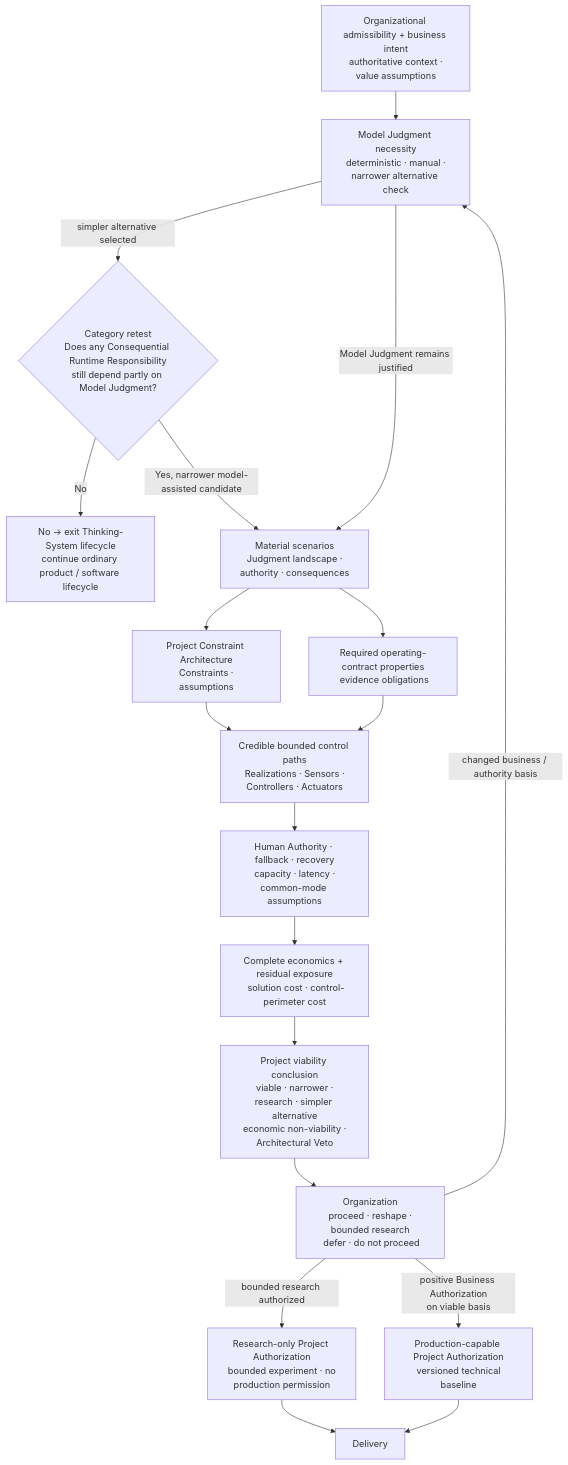
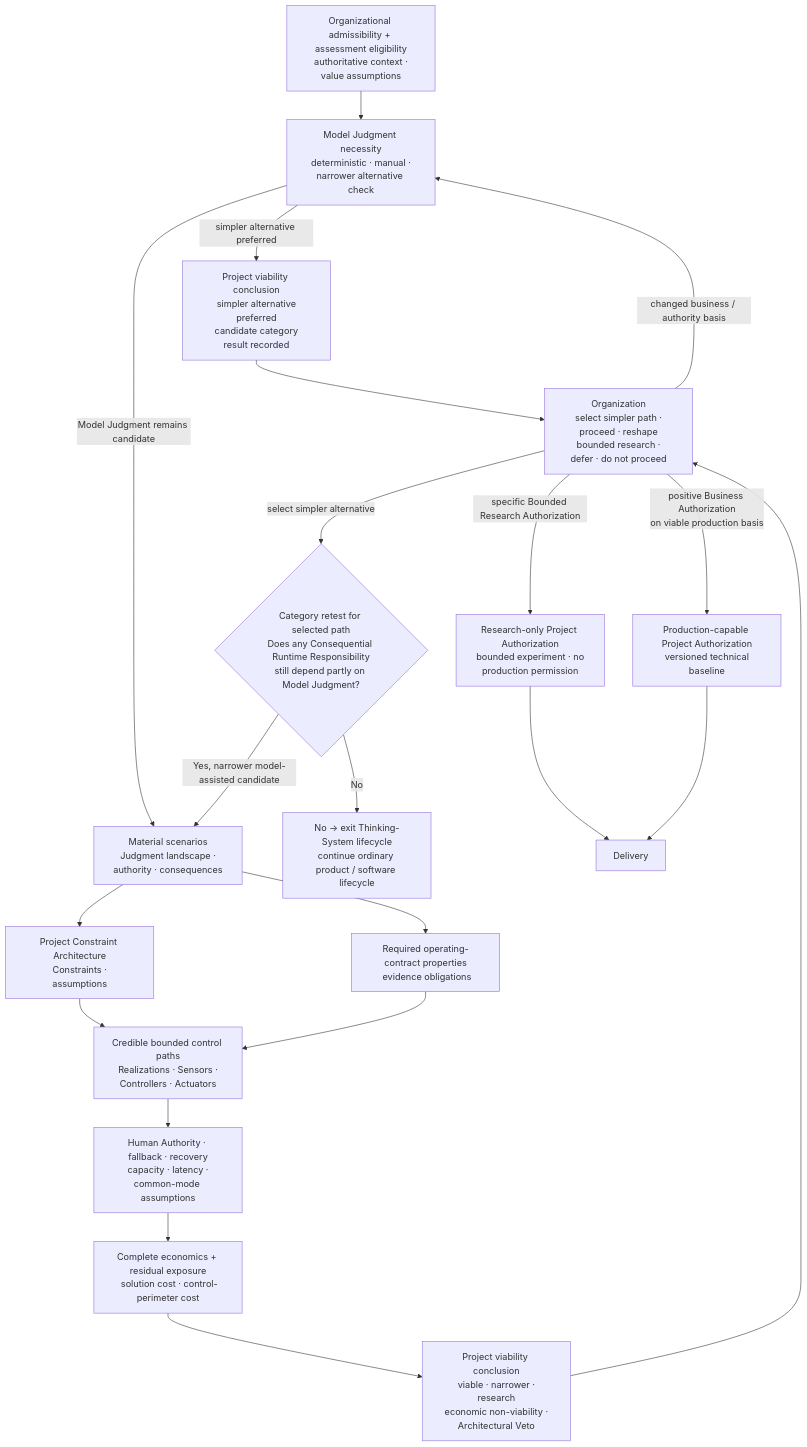
Before and after one commit to UncertaintyArchitectureGroup/uncertainty-architecture: diagram 11 of 15 in content/research/notes/open-engineering-specification-article-draft.md, drawn with Mermaid. The commit also changed other lines of this file, not shown here.

````diff
--- a/content/research/notes/open-engineering-specification-article-draft.md
+++ b/content/research/notes/open-engineering-specification-article-draft.md
@@ -697,31 +699,32 @@
 ```mermaid
 flowchart TB
-    ORG["Organizational admissibility + business intent<br/> authoritative context · value assumptions"]
+    ORG["Organizational admissibility + assessment eligibility<br/> authoritative context · value assumptions"]
     NEED["Model Judgment necessity<br/> deterministic · manual · narrower alternative check"]
-    CAT{"Category retest<br/>Does any Consequential Runtime Responsibility<br/>still depend partly on Model Judgment?"}
-    EXIT["No → exit Thinking-System lifecycle<br/>continue ordinary product / software lifecycle"]
+    SIMP["Project viability conclusion<br/> simpler alternative preferred<br/> candidate category result recorded"]
     RISK["Material scenarios<br/> Judgment landscape · authority · consequences"]
     K["Project Constraint Architecture<br/> Constraints · assumptions"]
     PROP["Required operating-contract properties<br/> evidence obligations"]
     PATH["Credible bounded control paths<br/> Realizations · Sensors · Controllers · Actuators"]
     HUMAN["Human Authority · fallback · recovery<br/> capacity · latency · common-mode assumptions"]
     ECON["Complete economics + residual exposure<br/> solution cost · control-perimeter cost"]
-    V["Project viability conclusion<br/> viable · narrower · research · simpler alternative<br/> economic non-viability · Architectural Veto"]
-    OD["Organization<br/> proceed · reshape · bounded research<br/> defer · do not proceed"]
+    V["Project viability conclusion<br/> viable · narrower · research<br/> economic non-viability · Architectural Veto"]
+    OD["Organization<br/> select simpler path · proceed · reshape<br/> bounded research · defer · do not proceed"]
+    CAT{"Category retest for selected path<br/>Does any Consequential Runtime Responsibility<br/>still depend partly on Model Judgment?"}
+    EXIT["No → exit Thinking-System lifecycle<br/>continue ordinary product / software lifecycle"]
     PRA["Research-only Project Authorization<br/> bounded experiment · no production permission"]
     PPA["Production-capable Project Authorization<br/> versioned technical baseline"]
     D["Delivery"]
 
     ORG --> NEED
-    NEED -->|simpler alternative selected| CAT
+    NEED -->|simpler alternative preferred| SIMP --> OD
+    NEED -->|Model Judgment remains candidate| RISK
+    RISK --> K --> PATH
+    RISK --> PROP --> PATH
+    PATH --> HUMAN --> ECON --> V --> OD
+    OD -->|select simpler alternative| CAT
     CAT -->|No| EXIT
     CAT -->|Yes, narrower model-assisted candidate| RISK
-    NEED -->|Model Judgment remains justified| RISK
-    RISK --> K --> PATH
-    RISK --> PROP --> PATH
-    PATH --> HUMAN --> ECON --> V
-    V --> OD
     OD -->|changed business / authority basis| NEED
-    OD -->|bounded research authorized| PRA --> D
-    OD -->|positive Business Authorization<br/>on viable basis| PPA --> D
+    OD -->|specific Bounded Research Authorization| PRA --> D
+    OD -->|positive Business Authorization<br/>on viable production basis| PPA --> D
 ```
````
